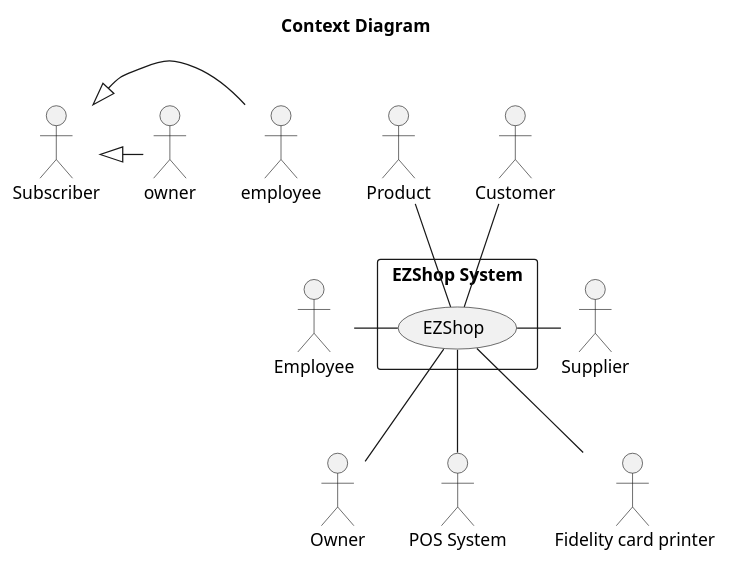
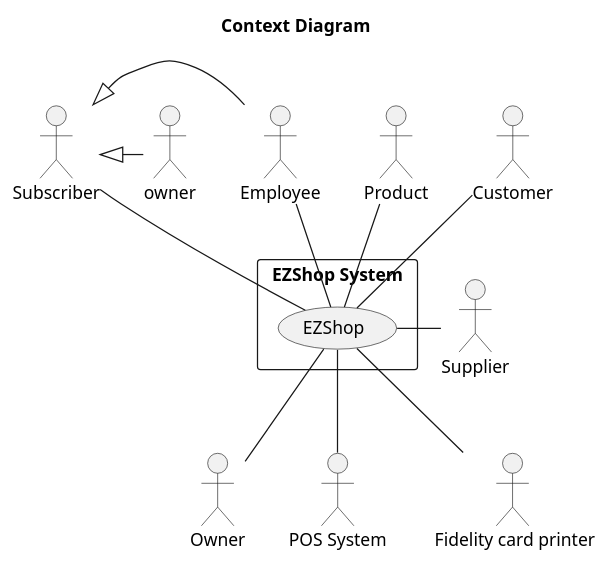
The first of 4 diagrams in Deliverables/RequirementsDocument.md (nicolabattaglino/ezshop), drawn with PlantUML before and after one commit.

````diff
--- a/Deliverables/RequirementsDocument.md
+++ b/Deliverables/RequirementsDocument.md
@@ -51,31 +51,32 @@
 ```plantuml
 @startuml
 
 
 title Context Diagram
 
 
 actor Owner
 actor Product
 actor Subscriber
 actor Employee
 actor :POS System: as POSSystem
 actor :Supplier: as supplier
 actor : Fidelity card printer: as fcPrinter
 rectangle "EZShop System" as EZShopSystem{
 (EZShop)
 }
-Subscriber <|- employee
+Subscriber <|- Employee
 Subscriber <|-owner
 Customer -- EZShop
 Product -- EZShop
 EZShop -- Owner
 Employee - EZShop
 EZShop -- POSSystem
 EZShop - supplier
 EZShop-- fcPrinter
+Subscriber -- EZShop
 
 
 
 @enduml
 ```
````
